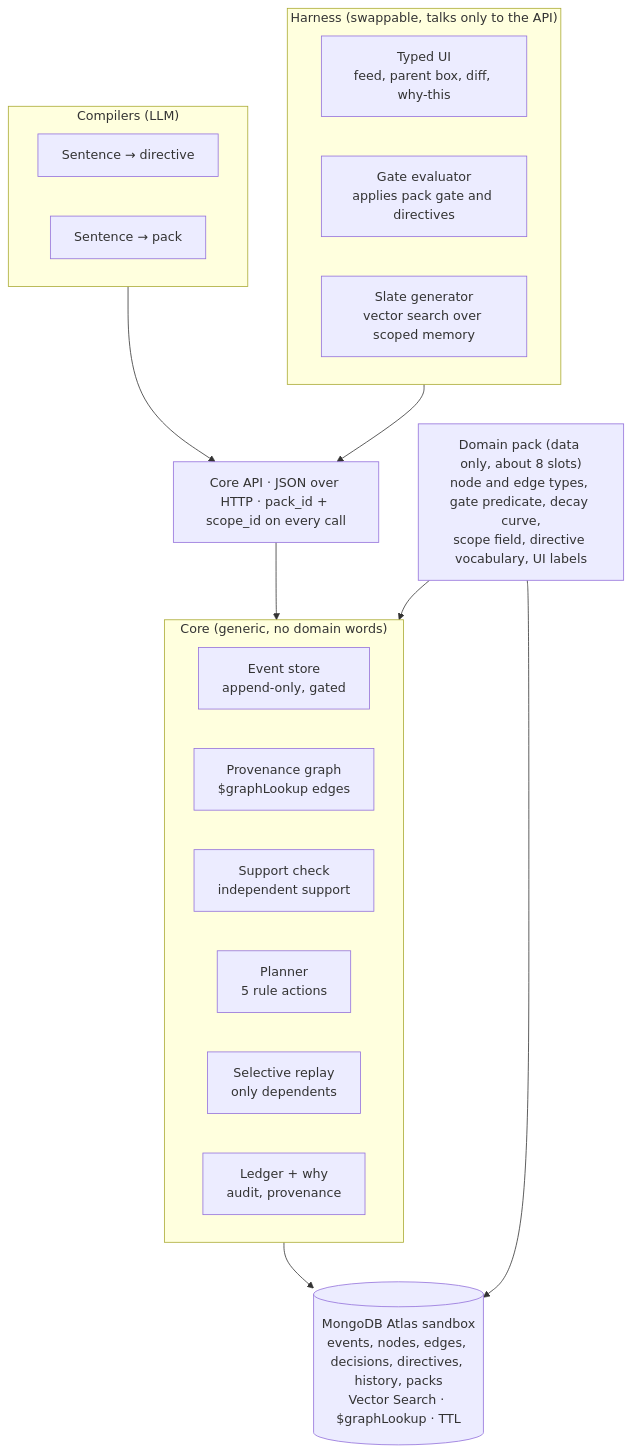
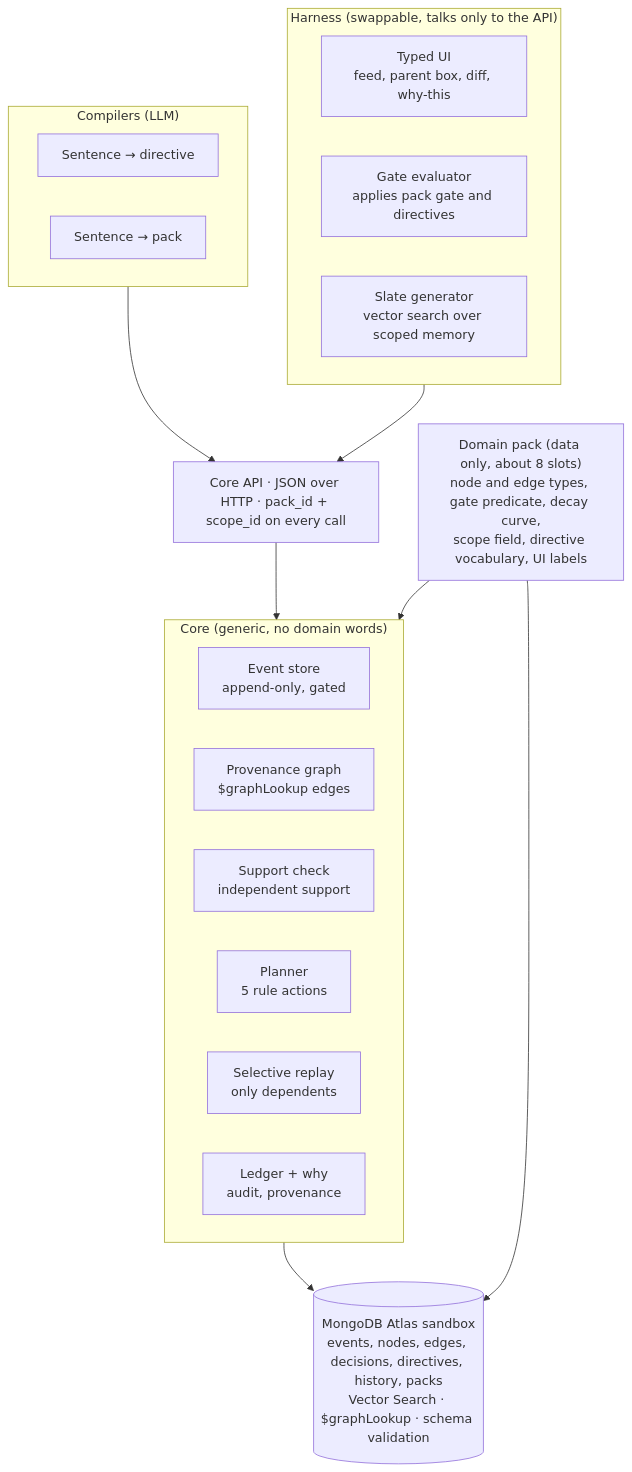
One commit to aniketqxp/mongodb-hackathon changed the first of 2 diagrams in docs/TECHNICAL_DOCUMENTATION.md. Above: the diagram before and after it, drawn with Mermaid. The commit also changed other lines of this file and 16 other files, not shown here.

````diff
--- a/docs/TECHNICAL_DOCUMENTATION.md
+++ b/docs/TECHNICAL_DOCUMENTATION.md
@@ -33,29 +33,29 @@
 ```mermaid
 flowchart TB
   subgraph H["Harness (swappable, talks only to the API)"]
     UI["Typed UI<br/>feed, parent box, diff, why-this"]
     GE["Gate evaluator<br/>applies pack gate and directives"]
     SG["Slate generator<br/>vector search over scoped memory"]
   end
   subgraph C["Compilers (LLM)"]
     C1["Sentence → directive"]
     C2["Sentence → pack"]
   end
   API["Core API · JSON over HTTP · pack_id + scope_id on every call"]
   subgraph CORE["Core (generic, no domain words)"]
     ES["Event store<br/>append-only, gated"]
     PG["Provenance graph<br/>$graphLookup edges"]
     SC["Support check<br/>independent support"]
     PL["Planner<br/>5 rule actions"]
     RP["Selective replay<br/>only dependents"]
     LG["Ledger + why<br/>audit, provenance"]
   end
   PACK["Domain pack (data only, about 8 slots)<br/>node and edge types, gate predicate, decay curve,<br/>scope field, directive vocabulary, UI labels"]
-  ATLAS[("MongoDB Atlas sandbox<br/>events, nodes, edges, decisions, directives, history, packs<br/>Vector Search · $graphLookup · TTL")]
+  ATLAS[("MongoDB Atlas sandbox<br/>events, nodes, edges, decisions, directives, history, packs<br/>Vector Search · $graphLookup · schema validation")]
   H --> API
   C --> API
   API --> CORE
   PACK --> CORE
   CORE --> ATLAS
   PACK --> ATLAS
 ```
````
